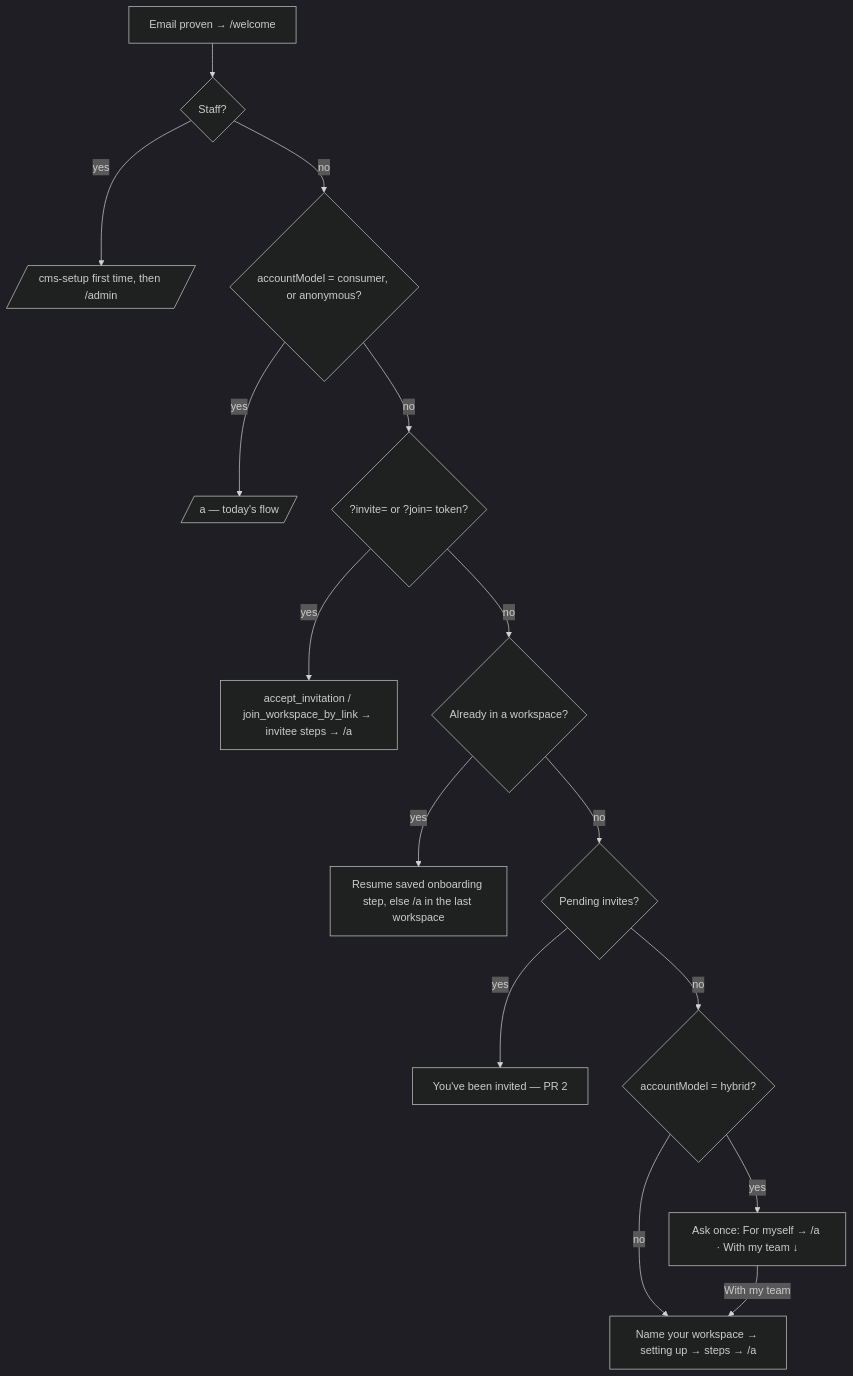
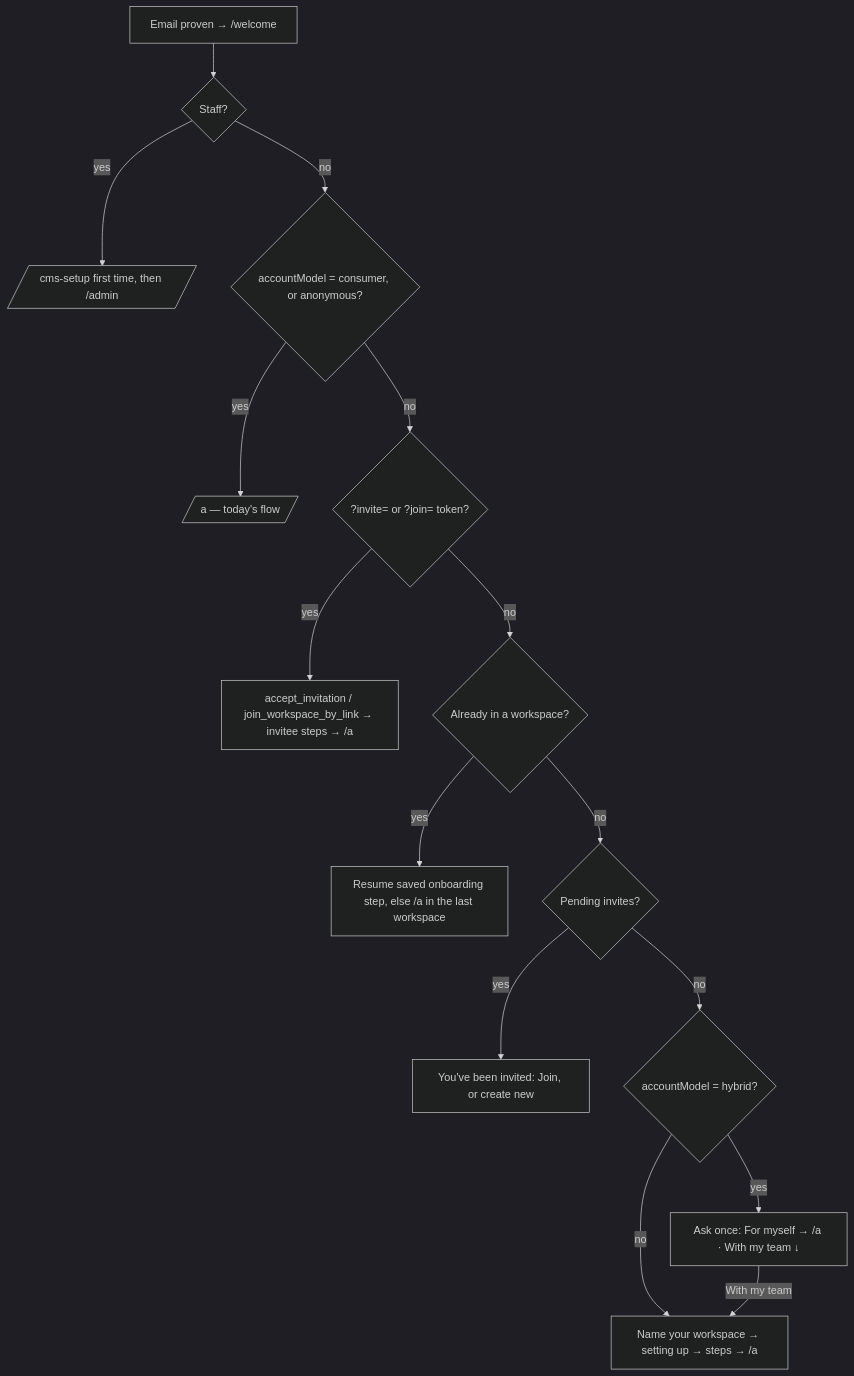
The diagram in docs/WORKSPACES.md (vpv-group/dream-starter-kit), drawn with Mermaid (dark theme) before and after one commit. The commit also changed other lines of this file and 2 other files, not shown here.

````diff
--- a/docs/WORKSPACES.md
+++ b/docs/WORKSPACES.md
@@ -33,17 +33,17 @@
 ```mermaid
 flowchart TD
   A[Email proven → /welcome] --> S{Staff?}
   S -- yes --> S1[/cms-setup first time, then /admin/]
   S -- no --> C{accountModel = consumer, or anonymous?}
   C -- yes --> C1[/a — today's flow/]
   C -- no --> T{?invite= or ?join= token?}
   T -- yes --> T1[accept_invitation / join_workspace_by_link → invitee steps → /a]
   T -- no --> M{Already in a workspace?}
   M -- yes --> M1[Resume saved onboarding step, else /a in the last workspace]
   M -- no --> P{Pending invites?}
-  P -- yes --> P1[You've been invited — PR 2]
+  P -- yes --> P1[You've been invited: Join, or create new]
   P -- no --> H{accountModel = hybrid?}
   H -- yes --> H1[Ask once: For myself → /a · With my team ↓]
   H -- no --> W[Name your workspace → setting up → steps → /a]
   H1 -- With my team --> W
 ```
````
